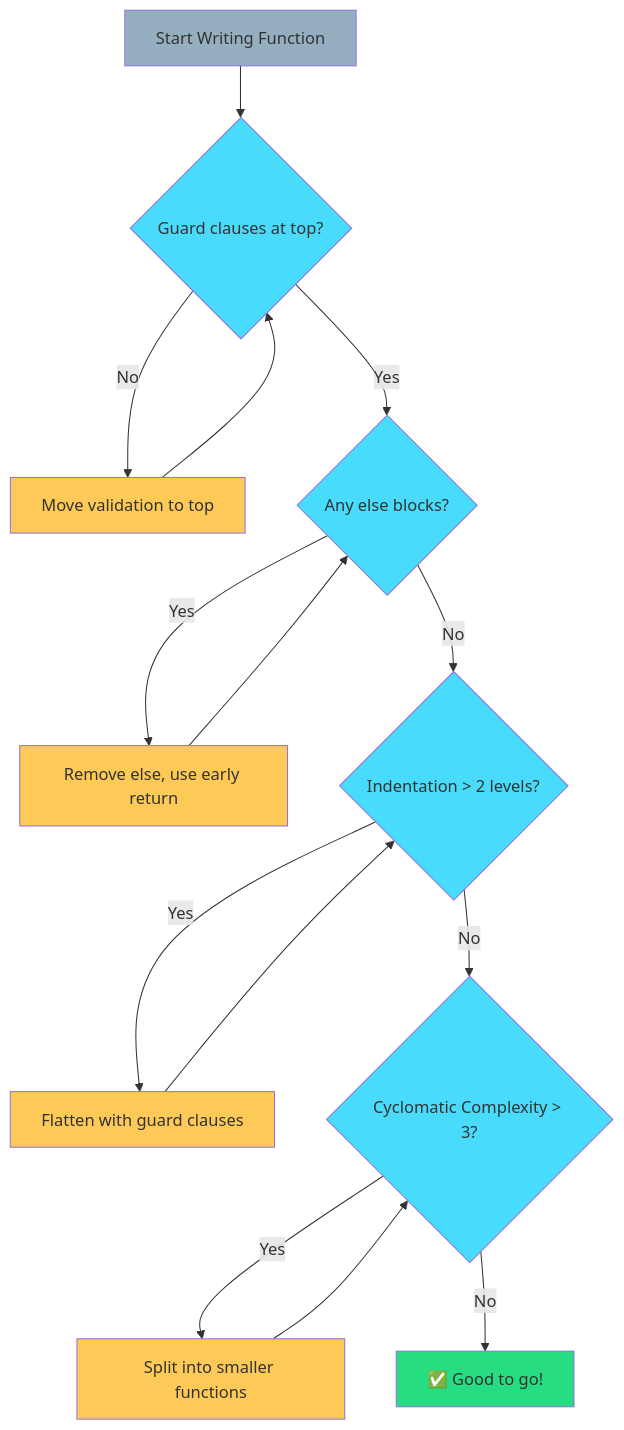
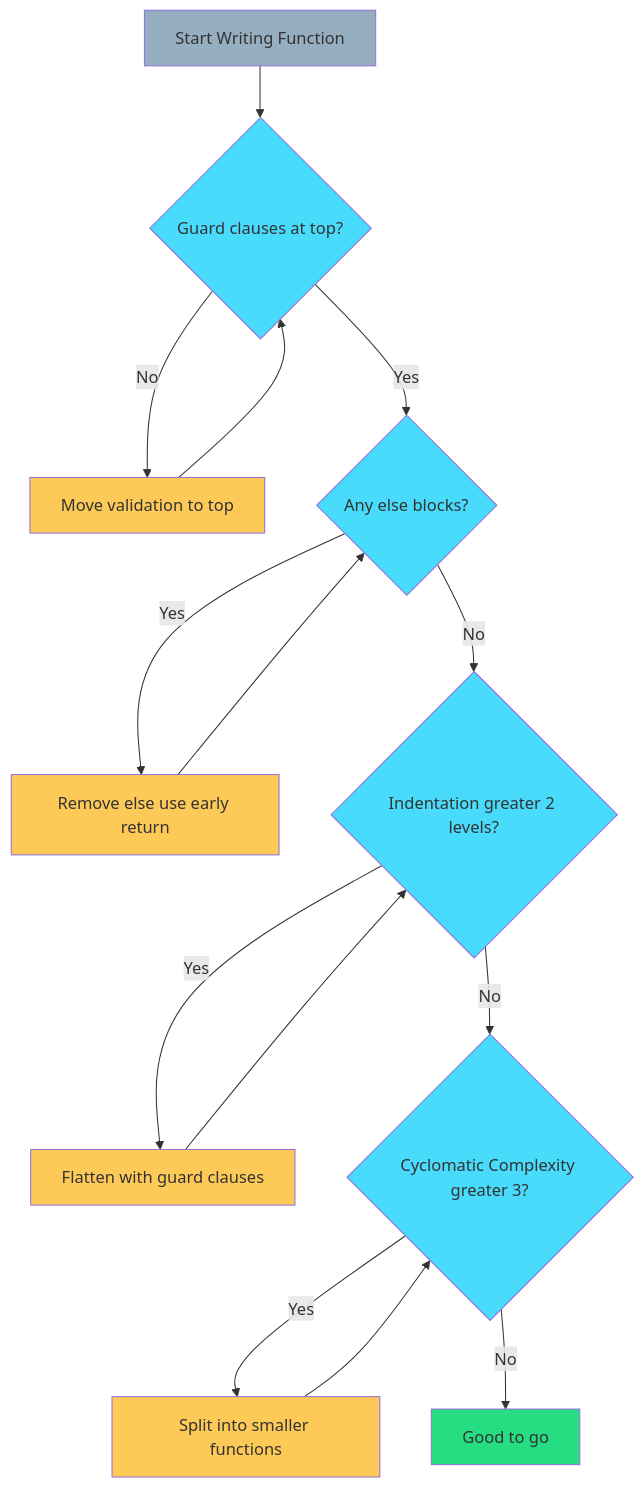
Before and after one commit to IAFahim/data-oriented-design-standards: the eighth of 8 diagrams in 02-early-exit-pattern.md, drawn with Mermaid. The commit also changed other lines of this file and 1 other file, not shown here.

````diff
--- a/02-early-exit-pattern.md
+++ b/02-early-exit-pattern.md
@@ -832,28 +834,28 @@
 ```mermaid
 graph TD
     START[Start Writing Function] --> Q1{Guard clauses at top?}
     Q1 -->|No| FIX1[Move validation to top]
     Q1 -->|Yes| Q2{Any else blocks?}
-    Q2 -->|Yes| FIX2[Remove else, use early return]
-    Q2 -->|No| Q3{Indentation > 2 levels?}
+    Q2 -->|Yes| FIX2[Remove else use early return]
+    Q2 -->|No| Q3{Indentation greater 2 levels?}
     Q3 -->|Yes| FIX3[Flatten with guard clauses]
-    Q3 -->|No| Q4{Cyclomatic Complexity > 3?}
+    Q3 -->|No| Q4{Cyclomatic Complexity greater 3?}
     Q4 -->|Yes| FIX4[Split into smaller functions]
-    Q4 -->|No| DONE[✅ Good to go!]
+    Q4 -->|No| DONE[Good to go]
     
     FIX1 --> Q1
     FIX2 --> Q2
     FIX3 --> Q3
     FIX4 --> Q4
     
     style START fill:#95afc0
     style DONE fill:#26de81
     style FIX1 fill:#feca57
     style FIX2 fill:#feca57
     style FIX3 fill:#feca57
     style FIX4 fill:#feca57
     style Q1 fill:#48dbfb
     style Q2 fill:#48dbfb
     style Q3 fill:#48dbfb
     style Q4 fill:#48dbfb
 ```
````
